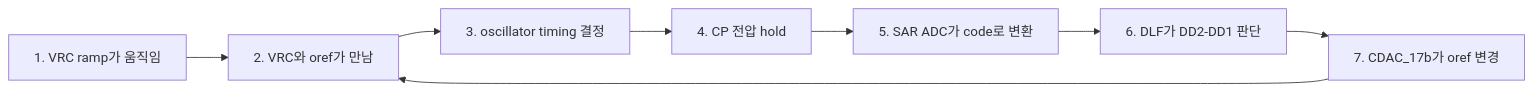
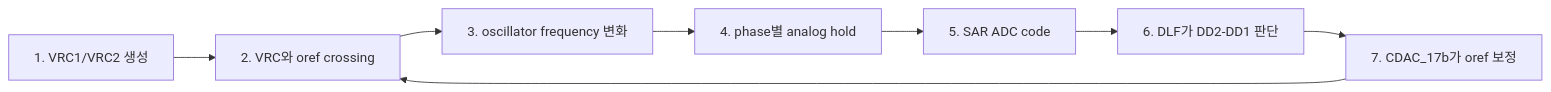
The diagram in docs/top_loop.md (qkfka781-wq/RCoscillator), drawn with Mermaid before and after one commit. The commit also changed other lines of this file and 5 other files, not shown here.

Commit message:
Correct loop explanation and add phase ADC graph

````diff
--- a/docs/top_loop.md
+++ b/docs/top_loop.md
@@ -28,10 +11,10 @@
 ```mermaid
 flowchart LR
-    A["1. VRC ramp가 움직임"] --> B["2. VRC와 oref가 만남"]
-    B --> C["3. oscillator timing 결정"]
-    C --> D["4. CP 전압 hold"]
-    D --> E["5. SAR ADC가 code로 변환"]
+    A["1. VRC1/VRC2 생성"] --> B["2. VRC와 oref crossing"]
+    B --> C["3. oscillator frequency 변화"]
+    C --> D["4. phase별 analog hold"]
+    D --> E["5. SAR ADC code"]
     E --> F["6. DLF가 DD2-DD1 판단"]
-    F --> G["7. CDAC_17b가 oref 변경"]
+    F --> G["7. CDAC_17b가 oref 보정"]
     G --> B
 ```
````
